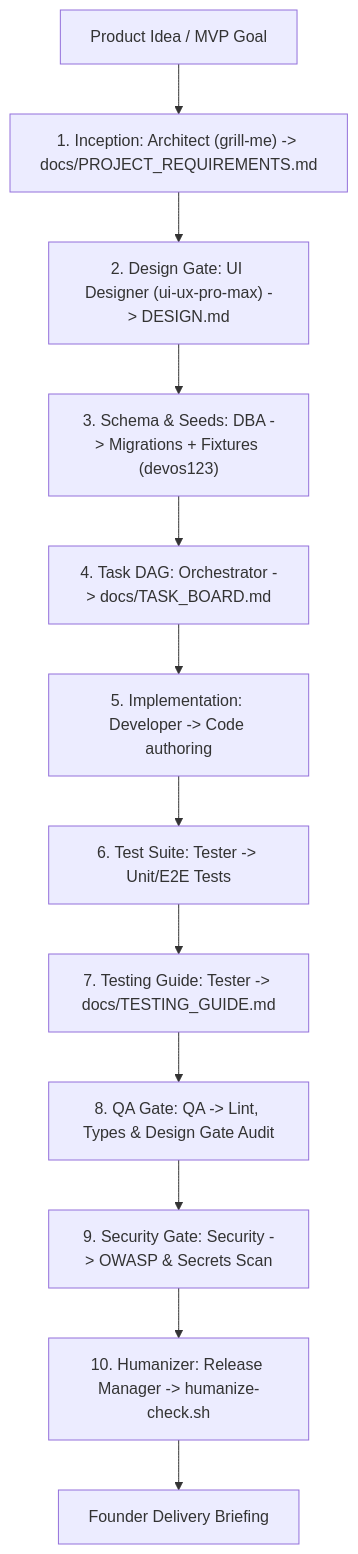
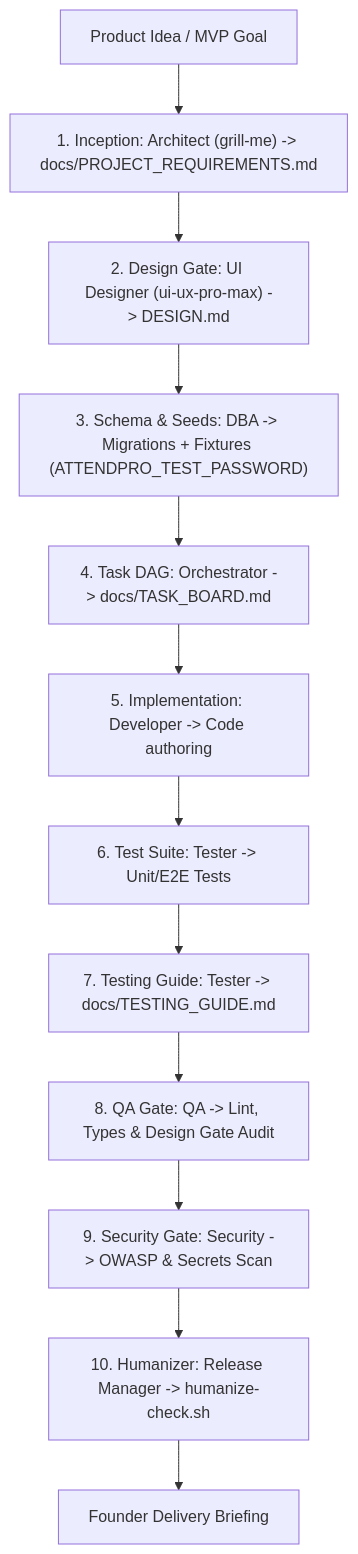
The tenth of 11 diagrams in docs/ARCHITECTURE.md (Agyemang8172/Attendance-System), drawn with Mermaid before and after one commit. The commit also changed other lines of this file and 45 other files, not shown here.

````diff
--- a/docs/ARCHITECTURE.md
+++ b/docs/ARCHITECTURE.md
@@ -148,14 +148,14 @@
 ```mermaid
 flowchart TD
     Idea["Product Idea / MVP Goal"] --> Stage1["1. Inception: Architect (grill-me) -> docs/PROJECT_REQUIREMENTS.md"]
     Stage1 --> Stage2["2. Design Gate: UI Designer (ui-ux-pro-max) -> DESIGN.md"]
-    Stage2 --> Stage3["3. Schema & Seeds: DBA -> Migrations + Fixtures (devos123)"]
+    Stage2 --> Stage3["3. Schema & Seeds: DBA -> Migrations + Fixtures (ATTENDPRO_TEST_PASSWORD)"]
     Stage3 --> Stage4["4. Task DAG: Orchestrator -> docs/TASK_BOARD.md"]
     Stage4 --> Stage5["5. Implementation: Developer -> Code authoring"]
     Stage5 --> Stage6["6. Test Suite: Tester -> Unit/E2E Tests"]
     Stage6 --> Stage7["7. Testing Guide: Tester -> docs/TESTING_GUIDE.md"]
     Stage7 --> Stage8["8. QA Gate: QA -> Lint, Types & Design Gate Audit"]
     Stage8 --> Stage9["9. Security Gate: Security -> OWASP & Secrets Scan"]
     Stage9 --> Stage10["10. Humanizer: Release Manager -> humanize-check.sh"]
     Stage10 --> FinalReview["Founder Delivery Briefing"]
 ```
````
